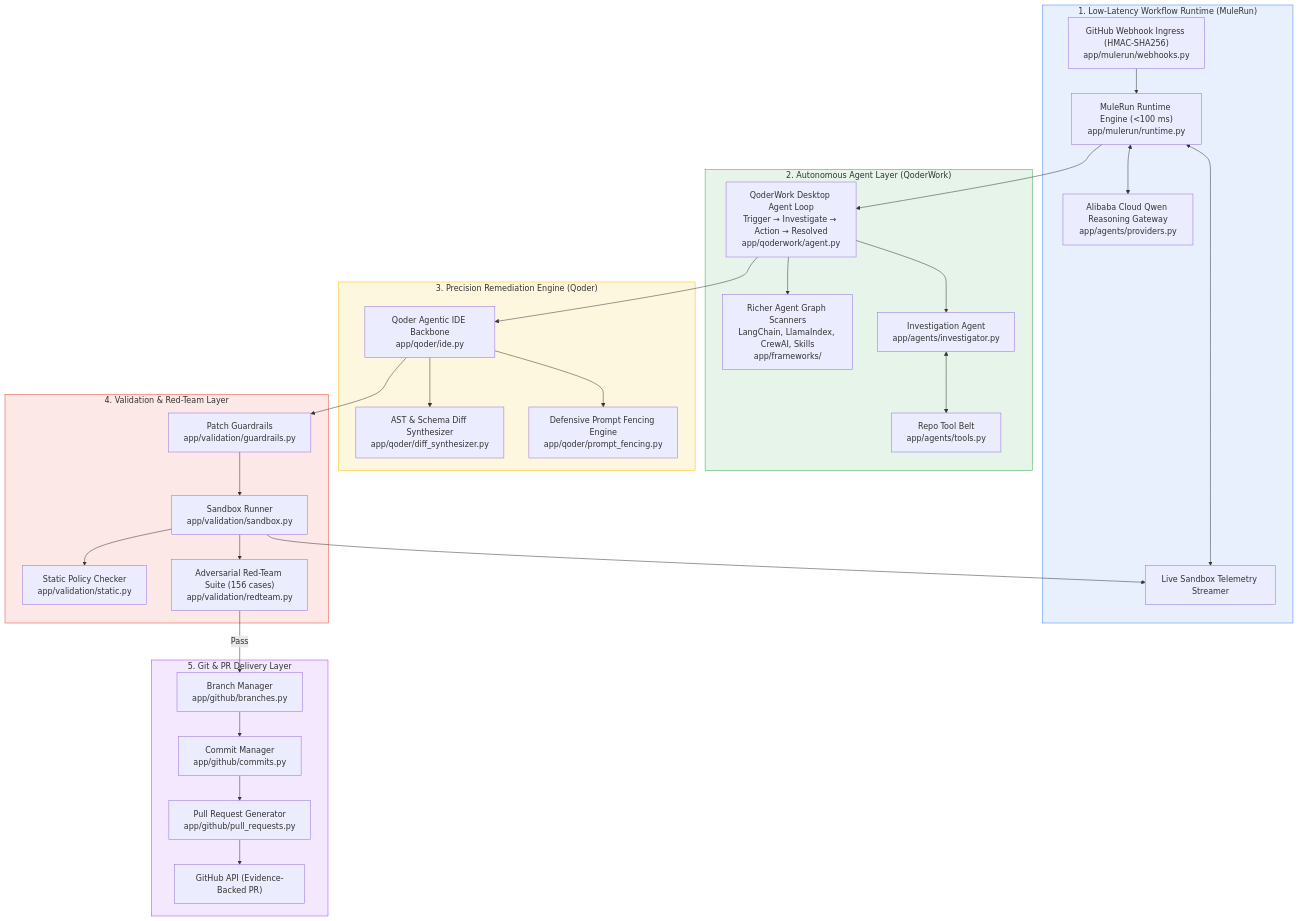
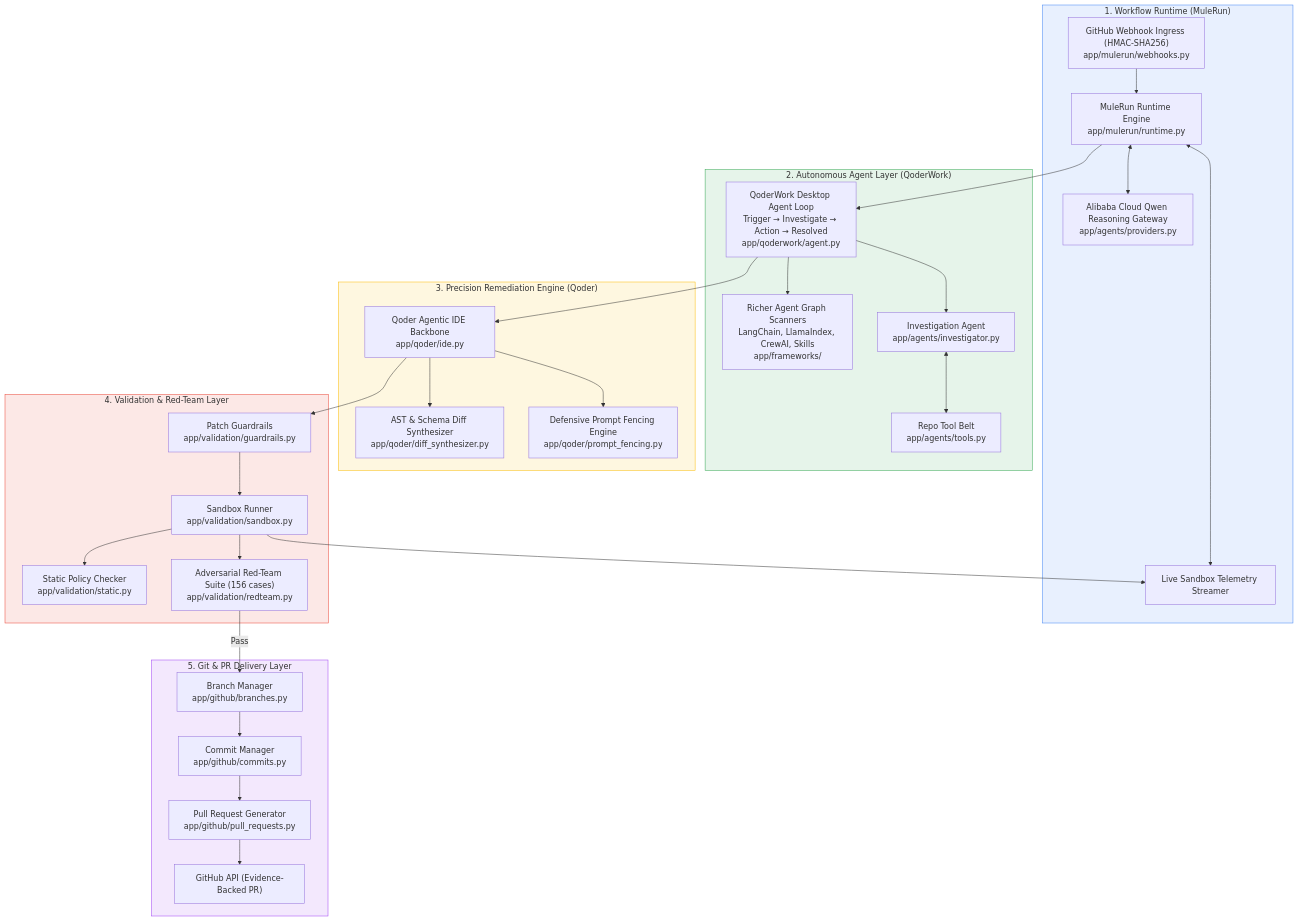
One commit to kavix/OpenShomer changed the first of 3 diagrams in docs/ARCHITECTURE.md. Above: the diagram before and after it, drawn with Mermaid. The commit also changed 6 other files, not shown here.

````diff
--- a/docs/ARCHITECTURE.md
+++ b/docs/ARCHITECTURE.md
@@ -9,65 +9,65 @@
 ```mermaid
 graph TD
-    subgraph RUNTIME["1. Low-Latency Workflow Runtime (MuleRun)"]
-        MR["MuleRun Runtime Engine (<100 ms)<br/>app/mulerun/runtime.py"]
+    subgraph RUNTIME["1. Workflow Runtime (MuleRun)"]
+        MR["MuleRun Runtime Engine<br/>app/mulerun/runtime.py"]
         WH["GitHub Webhook Ingress (HMAC-SHA256)<br/>app/mulerun/webhooks.py"]
         QWEN["Alibaba Cloud Qwen Reasoning Gateway<br/>app/agents/providers.py"]
         TELEM["Live Sandbox Telemetry Streamer"]
         
         WH --> MR
         MR <--> QWEN
         MR <--> TELEM
     end
 
     subgraph AGENTS["2. Autonomous Agent Layer (QoderWork)"]
         QW["QoderWork Desktop Agent Loop<br/>Trigger → Investigate → Action → Resolved<br/>app/qoderwork/agent.py"]
         FW["Richer Agent Graph Scanners<br/>LangChain, LlamaIndex, CrewAI, Skills<br/>app/frameworks/"]
         IA["Investigation Agent<br/>app/agents/investigator.py"]
         RT["Repo Tool Belt<br/>app/agents/tools.py"]
         
         MR --> QW
         QW --> FW
         QW --> IA
         IA <--> RT
     end
 
     subgraph REMEDIATION["3. Precision Remediation Engine (Qoder)"]
         QD["Qoder Agentic IDE Backbone<br/>app/qoder/ide.py"]
         DS["AST & Schema Diff Synthesizer<br/>app/qoder/diff_synthesizer.py"]
         PF["Defensive Prompt Fencing Engine<br/>app/qoder/prompt_fencing.py"]
         
         QW --> QD
         QD --> DS
         QD --> PF
     end
 
     subgraph VALIDATION["4. Validation & Red-Team Layer"]
         GR["Patch Guardrails<br/>app/validation/guardrails.py"]
         SB["Sandbox Runner<br/>app/validation/sandbox.py"]
         ST["Static Policy Checker<br/>app/validation/static.py"]
         AT["Adversarial Red-Team Suite (156 cases)<br/>app/validation/redteam.py"]
 
         QD --> GR
         GR --> SB
         SB --> ST
         SB --> AT
         SB --> TELEM
     end
 
     subgraph DELIVERY["5. Git & PR Delivery Layer"]
         BM["Branch Manager<br/>app/github/branches.py"]
         CM["Commit Manager<br/>app/github/commits.py"]
         PM["Pull Request Generator<br/>app/github/pull_requests.py"]
 
         AT -- "Pass" --> BM
         BM --> CM
         CM --> PM
         PM --> GH["GitHub API (Evidence-Backed PR)"]
     end
 
     style RUNTIME fill:#e8f0fe,stroke:#4285f4
     style AGENTS fill:#e6f4ea,stroke:#34a853
     style REMEDIATION fill:#fef7e0,stroke:#fbbc05
     style VALIDATION fill:#fce8e6,stroke:#ea4335
     style DELIVERY fill:#f3e8fd,stroke:#a142f4
 ```
````
